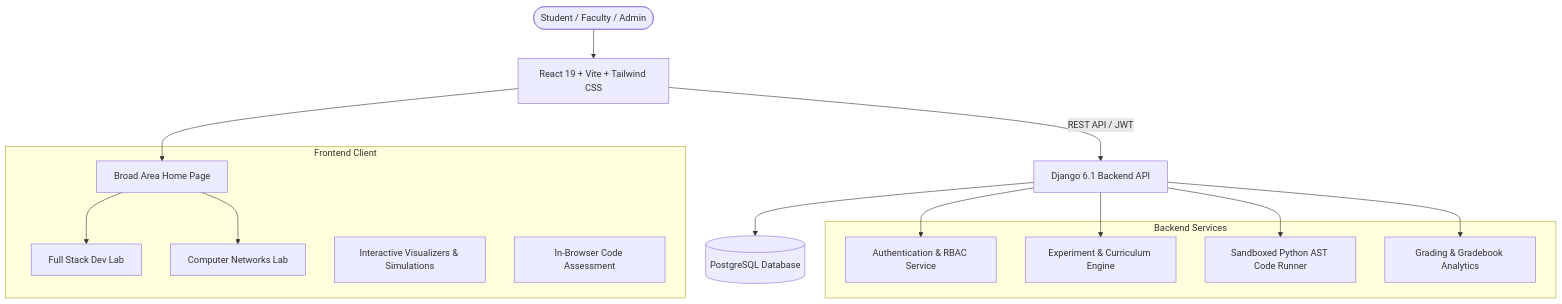
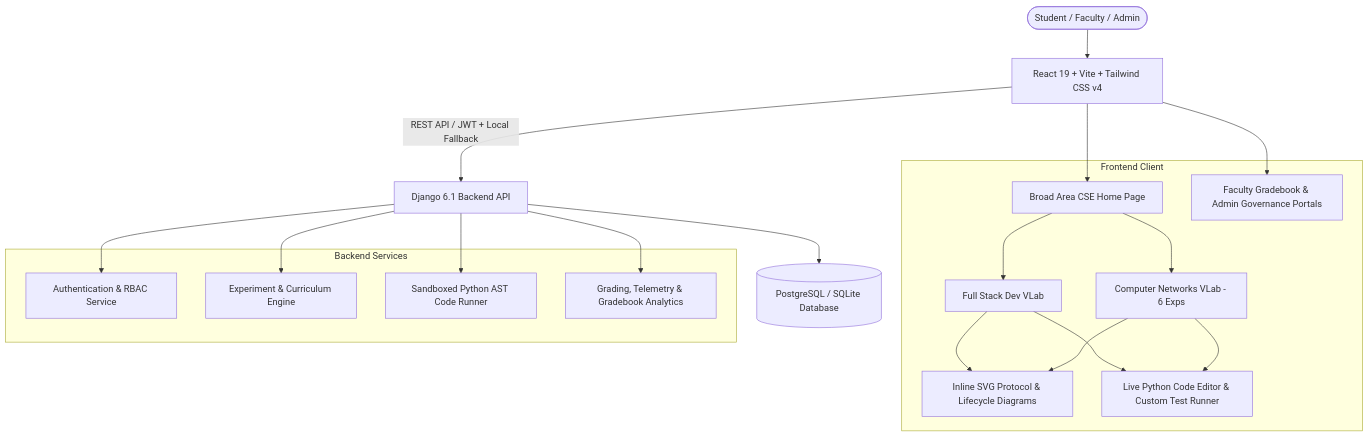
One commit to shloknmehta/FSD_VLab changed the diagram in README.md. Above: the diagram before and after it, drawn with Mermaid. The commit also changed other lines of this file, not shown here.

Commit message:
docs: update README with live code editor, custom test runner, inline diagrams, and KJSSE contributors

````diff
--- a/README.md
+++ b/README.md
@@ -76,32 +94,38 @@
 ```mermaid
 graph TD
-    User([Student / Faculty / Admin]) --> Frontend[React 19 + Vite + Tailwind CSS]
+    User([Student / Faculty / Admin]) --> Frontend[React 19 + Vite + Tailwind CSS v4]
     
     subgraph Frontend Client
-        BroadArea[Broad Area Home Page]
-        FSDLab[Full Stack Dev Lab]
-        CNLab[Computer Networks Lab]
-        Visualizer[Interactive Visualizers & Simulations]
-        CodeIDE[In-Browser Code Assessment]
+        BroadArea[Broad Area CSE Home Page]
+        FSDLab[Full Stack Dev VLab]
+        CNLab[Computer Networks VLab - 6 Exps]
+        Diagrams[Inline SVG Protocol & Lifecycle Diagrams]
+        CodeIDE[Live Python Code Editor & Custom Test Runner]
+        Portals[Faculty Gradebook & Admin Governance Portals]
     end
 
     Frontend --> BroadArea
     BroadArea --> FSDLab
     BroadArea --> CNLab
+    FSDLab --> Diagrams
+    CNLab --> Diagrams
+    FSDLab --> CodeIDE
+    CNLab --> CodeIDE
+    Frontend --> Portals
 
-    Frontend -->|REST API / JWT| Backend[Django 6.1 Backend API]
+    Frontend -->|REST API / JWT + Local Fallback| Backend[Django 6.1 Backend API]
 
     subgraph Backend Services
         Auth[Authentication & RBAC Service]
         LabService[Experiment & Curriculum Engine]
         Sandbox[Sandboxed Python AST Code Runner]
-        GradeService[Grading & Gradebook Analytics]
+        GradeService[Grading, Telemetry & Gradebook Analytics]
     end
 
     Backend --> Auth
     Backend --> LabService
     Backend --> Sandbox
     Backend --> GradeService
 
-    Backend --> DB[(PostgreSQL Database)]
+    Backend --> DB[(PostgreSQL / SQLite Database)]
 ```
````
